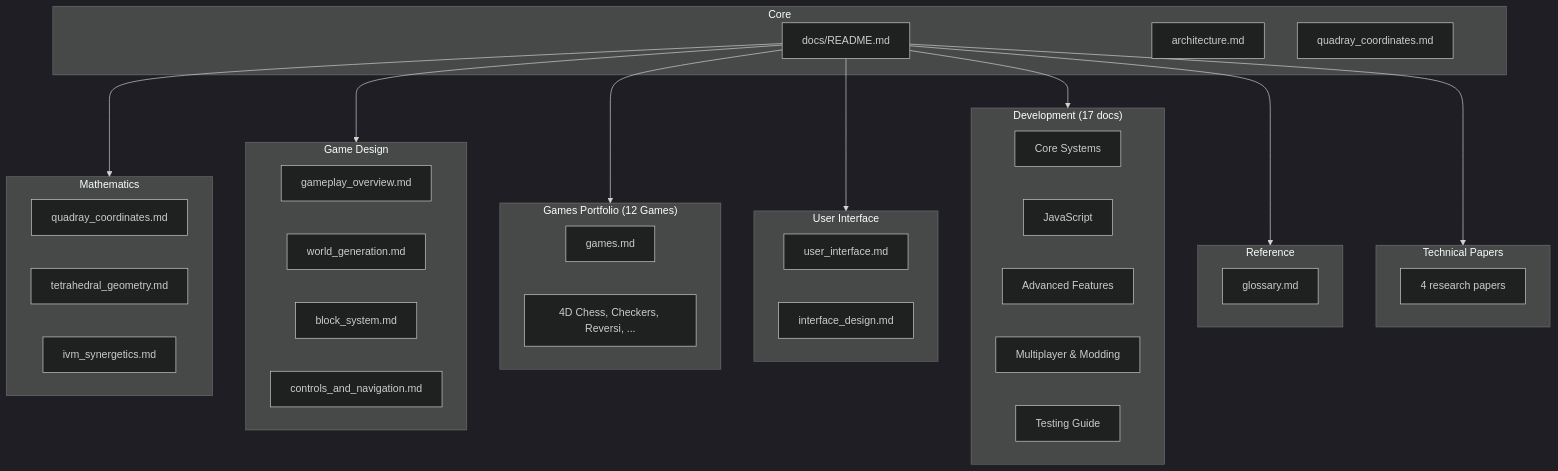
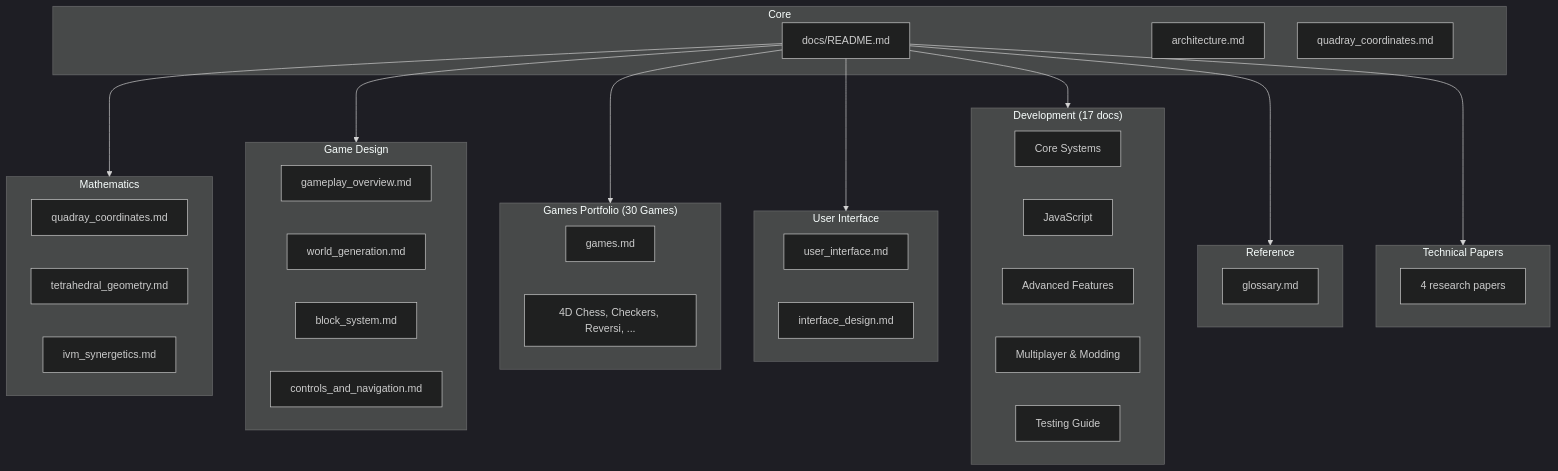
One commit to docxology/QuadCraft changed the diagram in docs/README.md. Above: the diagram before and after it, drawn with Mermaid (dark theme). The commit also changed other lines of this file and 107 other files, not shown here.

````diff
--- a/docs/README.md
+++ b/docs/README.md
@@ -5,55 +5,55 @@
 ```mermaid
 flowchart TD
     subgraph Core
         README["docs/README.md"]
         Architecture["architecture.md"]
         QuadrayCoords["quadray_coordinates.md"]
     end
 
     subgraph Mathematics
         QuadrayCoordinates["quadray_coordinates.md"]
         TetrahedralGeometry["tetrahedral_geometry.md"]
         IVMSynergetics["ivm_synergetics.md"]
     end
 
     subgraph GameDesign["Game Design"]
         GameplayOverview["gameplay_overview.md"]
         WorldGeneration["world_generation.md"]
         BlockSystem["block_system.md"]
         ControlsNavigation["controls_and_navigation.md"]
     end
 
-    subgraph Games["Games Portfolio (12 Games)"]
+    subgraph Games["Games Portfolio (30 Games)"]
         GamesDoc["games.md"]
         ChessEtc["4D Chess, Checkers, Reversi, ..."]
     end
 
     subgraph UI["User Interface"]
         UserInterface["user_interface.md"]
         InterfaceDesign["interface_design.md"]
     end
 
     subgraph Development["Development (17 docs)"]
         CoreSystems["Core Systems"]
         JSImplementation["JavaScript"]
         AdvancedFeatures["Advanced Features"]
         MultiplayerModding["Multiplayer & Modding"]
         Testing["Testing Guide"]
     end
 
     subgraph Reference
         Glossary["glossary.md"]
     end
 
     subgraph Other["Technical Papers"]
         Papers["4 research papers"]
     end
 
     README --> Mathematics
     README --> GameDesign
     README --> Games
     README --> UI
     README --> Development
     README --> Reference
     README --> Other
 ```
````
